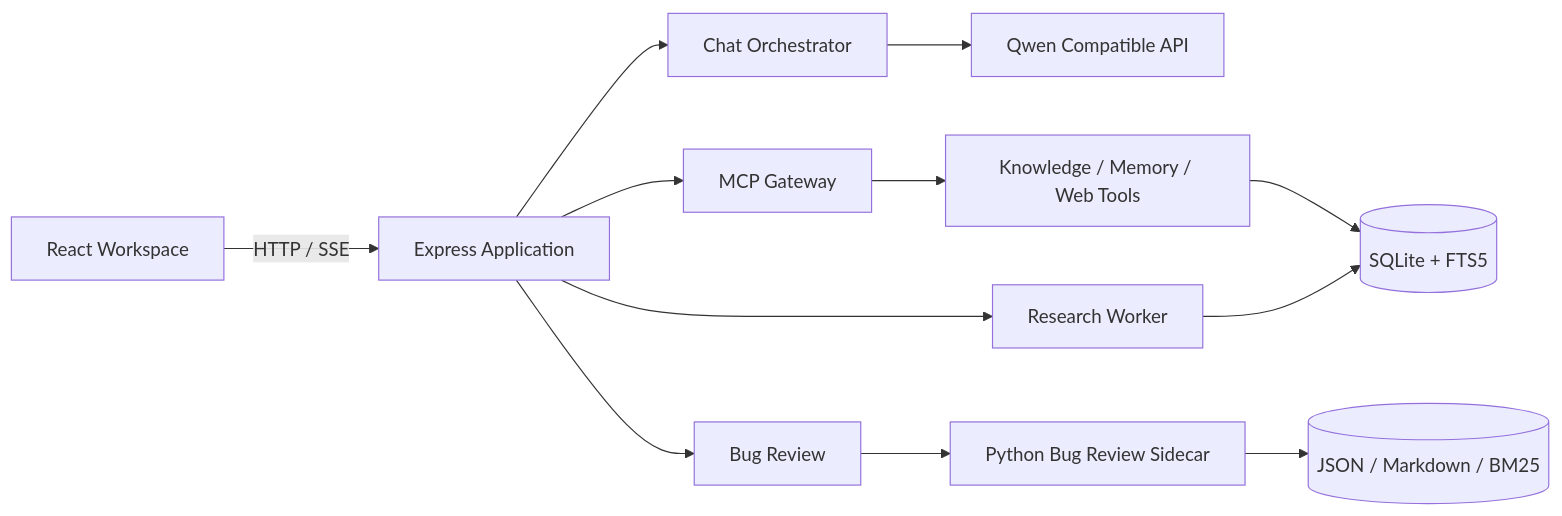
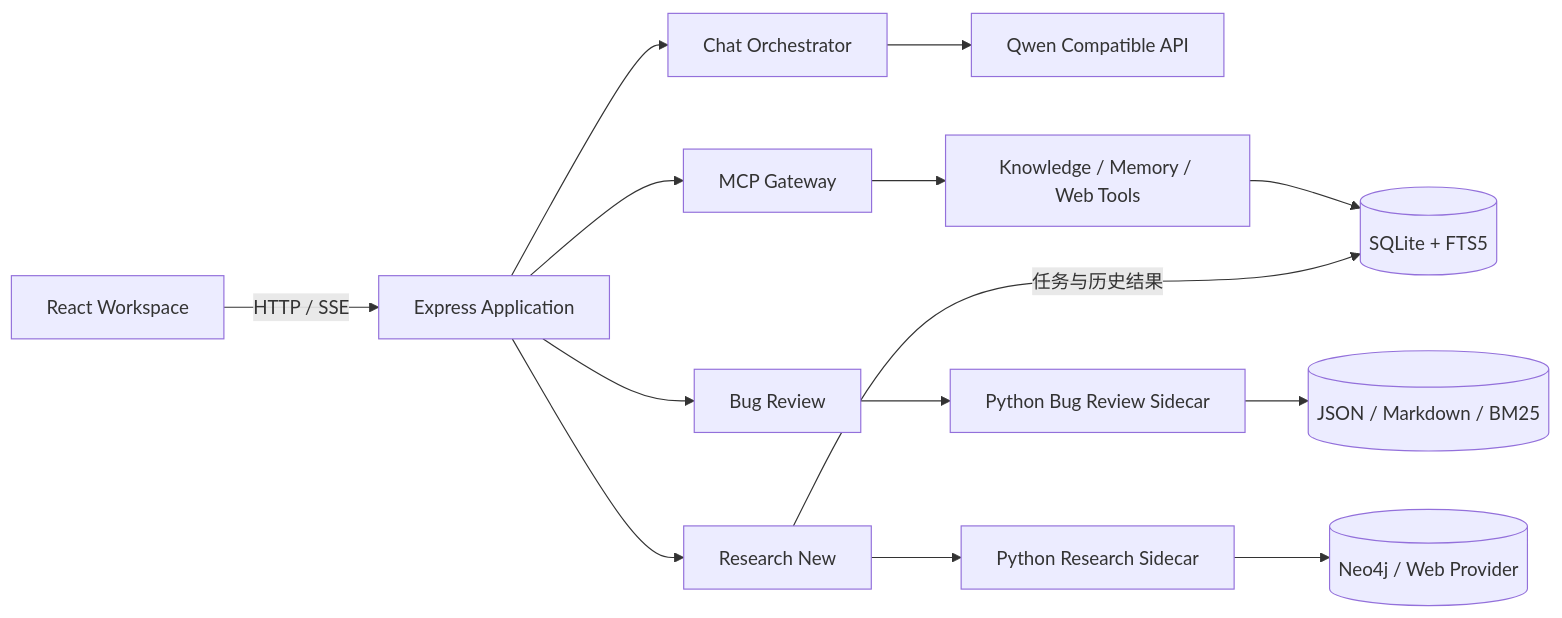
Before and after one commit to bingomaha-creator/Knowledge-Agent-Workspace: the diagram in README.md, drawn with Mermaid. The commit also changed other lines of this file and 26 other files, not shown here.

````diff
--- a/README.md
+++ b/README.md
@@ -49,14 +49,16 @@
 ```mermaid
 flowchart LR
   UI[React Workspace] -->|HTTP / SSE| API[Express Application]
   API --> CHAT[Chat Orchestrator]
   API --> MCP[MCP Gateway]
   CHAT --> MODEL[Qwen Compatible API]
   MCP --> TOOLS[Knowledge / Memory / Web Tools]
   TOOLS --> DATA[(SQLite + FTS5)]
   API --> BUG[Bug Review]
   BUG --> BUGPY[Python Bug Review Sidecar]
   BUGPY --> CASES[(JSON / Markdown / BM25)]
-  API --> RESEARCH[Research Worker]
-  RESEARCH --> DATA
+  API --> RESEARCH[Research New]
+  RESEARCH --> PY[Python Research Sidecar]
+  PY --> GRAPH[(Neo4j / Web Provider)]
+  RESEARCH -->|任务与历史结果| DATA
 ```
````
